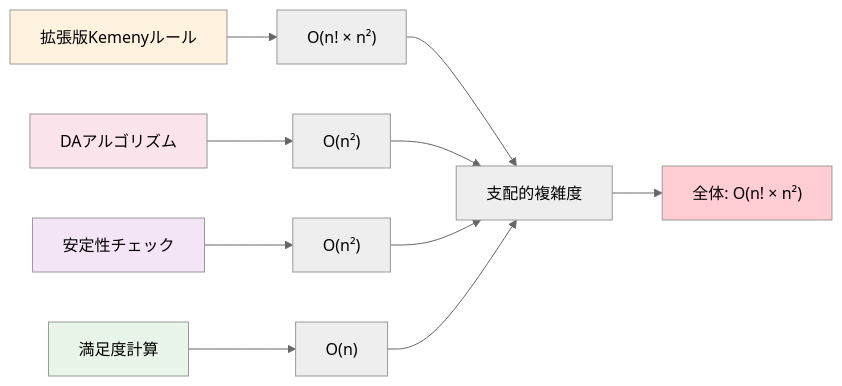
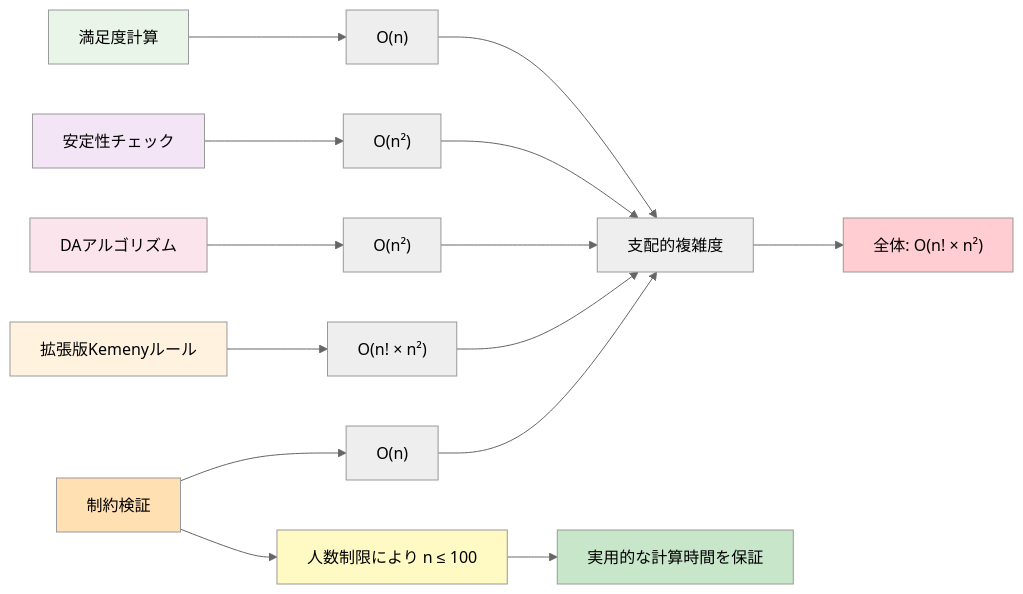
The ninth of 10 diagrams in docs/algorithm_flowchart.md (Krminfinity/kemeny-extended-aggregator), drawn with Mermaid (neutral theme) before and after one commit. The commit also changed other lines of this file and 2 other files, not shown here.

````diff
--- a/docs/algorithm_flowchart.md
+++ b/docs/algorithm_flowchart.md
@@ -295,20 +368,28 @@
 ```mermaid
 graph LR
-    A[拡張版Kemenyルール] --> A1["O(n! × n²)"]
-    B[DAアルゴリズム] --> B1["O(n²)"]
-    C[安定性チェック] --> C1["O(n²)"]
-    D[満足度計算] --> D1["O(n)"]
+    A[制約検証] --> A1["O(n)"]
+    B[拡張版Kemenyルール] --> B1["O(n! × n²)"]
+    C[DAアルゴリズム] --> C1["O(n²)"]
+    D[安定性チェック] --> D1["O(n²)"]
+    E[満足度計算] --> E1["O(n)"]
     
-    A1 --> E[支配的複雑度]
-    B1 --> E
-    C1 --> E
-    D1 --> E
+    A1 --> F[支配的複雑度]
+    B1 --> F
+    C1 --> F
+    D1 --> F
+    E1 --> F
     
-    E --> F["全体: O(n! × n²)"]
+    F --> G["全体: O(n! × n²)"]
     
-    style A fill:#fff3e0
-    style B fill:#fce4ec
-    style C fill:#f3e5f5
-    style D fill:#e8f5e8
-    style F fill:#ffcdd2
+    A --> H[人数制限により n ≤ 100]
+    H --> I[実用的な計算時間を保証]
+    
+    style A fill:#ffe0b2
+    style B fill:#fff3e0
+    style C fill:#fce4ec
+    style D fill:#f3e5f5
+    style E fill:#e8f5e8
+    style G fill:#ffcdd2
+    style H fill:#fff9c4
+    style I fill:#c8e6c9
 ```
````
